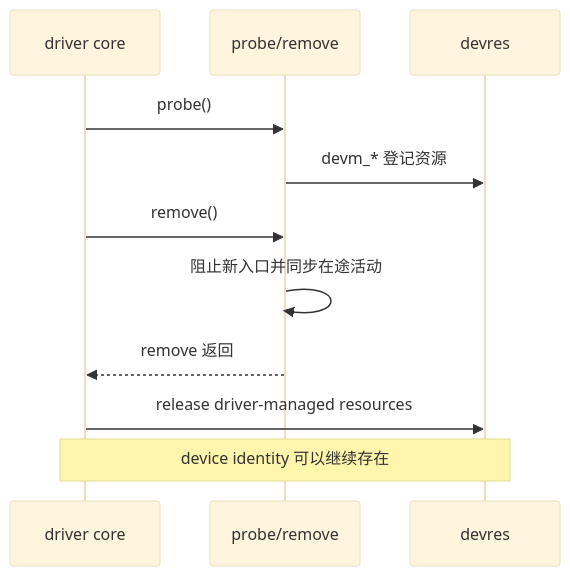
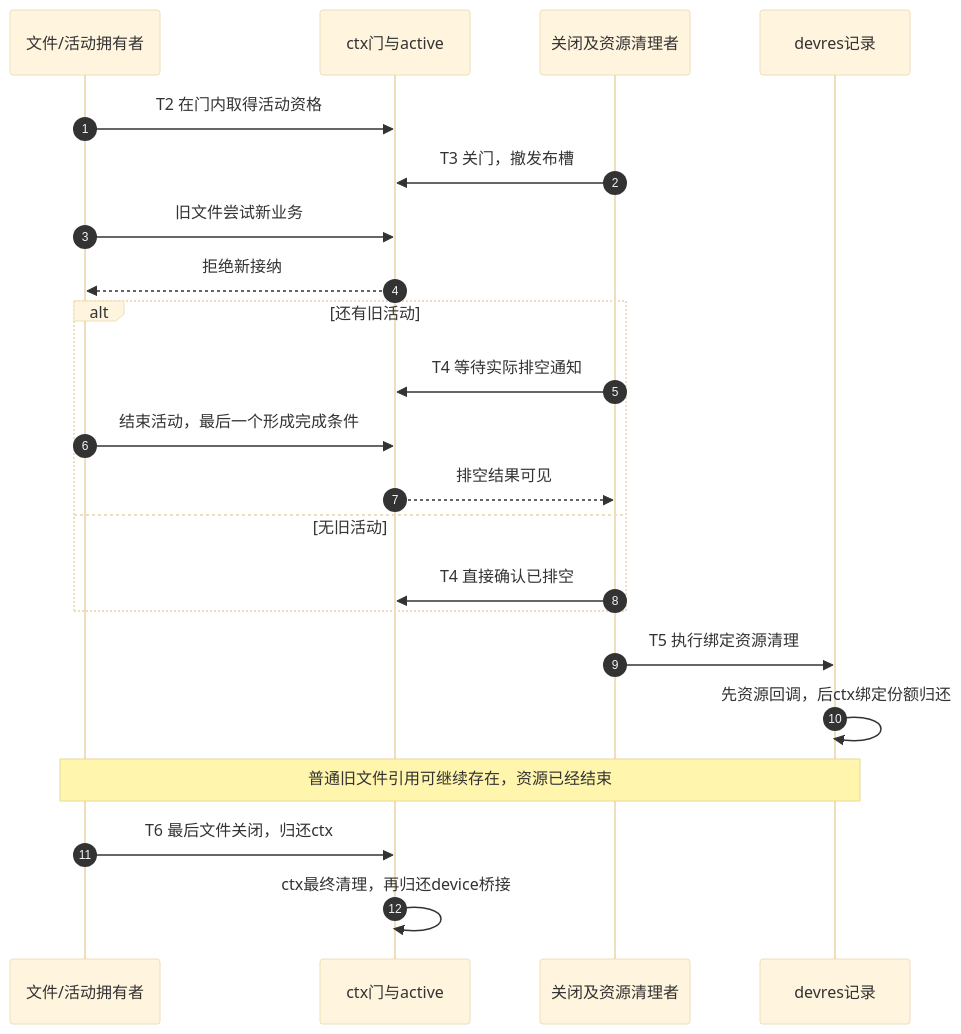
Before and after one commit to FormingSystem/linux_note: the second of 2 diagrams in knowledge/linux/object_lifetime/integration/P01_kobject_device_devres_kref_生命周期集成.md, drawn with Mermaid (base theme). The commit also changed other lines of this file and 10 other files, not shown here.

````diff
--- a/knowledge/linux/object_lifetime/integration/P01_kobject_device_devres_kref_生命周期集成.md
+++ b/knowledge/linux/object_lifetime/integration/P01_kobject_device_devres_kref_生命周期集成.md
@@ -73,13 +136,24 @@
 ```mermaid
 sequenceDiagram
-    participant C as driver core
-    participant P as probe/remove
-    participant R as devres
-    C->>P: probe()
-    P->>R: devm_* 登记资源
-    C->>P: remove()
-    P->>P: 阻止新入口并同步在途活动
-    P-->>C: remove 返回
-    C->>R: release driver-managed resources
-    Note over C,R: device identity 可以继续存在
+    autonumber
+    participant F as 文件/活动拥有者
+    participant G as ctx门与active
+    participant C as 关闭及资源清理者
+    participant R as devres记录
+    F->>G: T2 在门内取得活动资格
+    C->>G: T3 关门，撤发布槽
+    F->>G: 旧文件尝试新业务
+    G-->>F: 拒绝新接纳
+    alt 还有旧活动
+        C->>G: T4 等待实际排空通知
+        F->>G: 结束活动，最后一个形成完成条件
+        G-->>C: 排空结果可见
+    else 无旧活动
+        C->>G: T4 直接确认已排空
+    end
+    C->>R: T5 执行绑定资源清理
+    R->>R: 先资源回调，后ctx绑定份额归还
+    Note over F,R: 普通旧文件引用可继续存在，资源已经结束
+    F->>G: T6 最后文件关闭，归还ctx
+    G->>G: ctx最终清理，再归还device桥接
 ```
````
